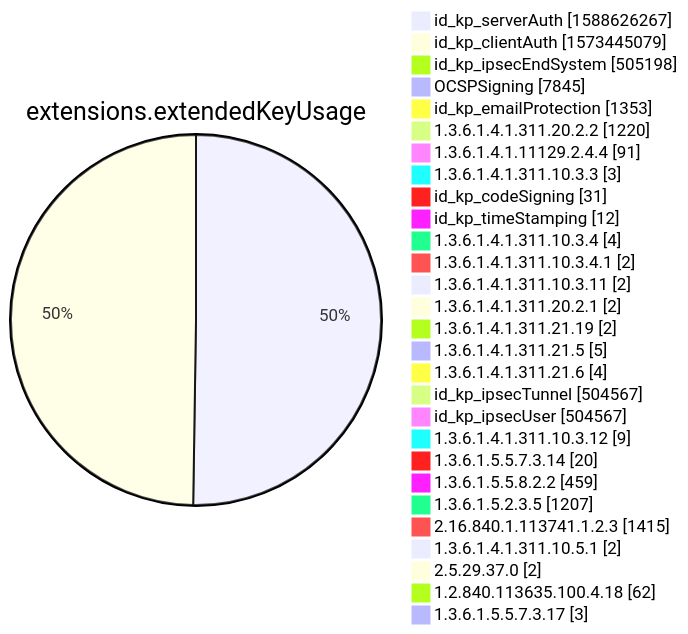
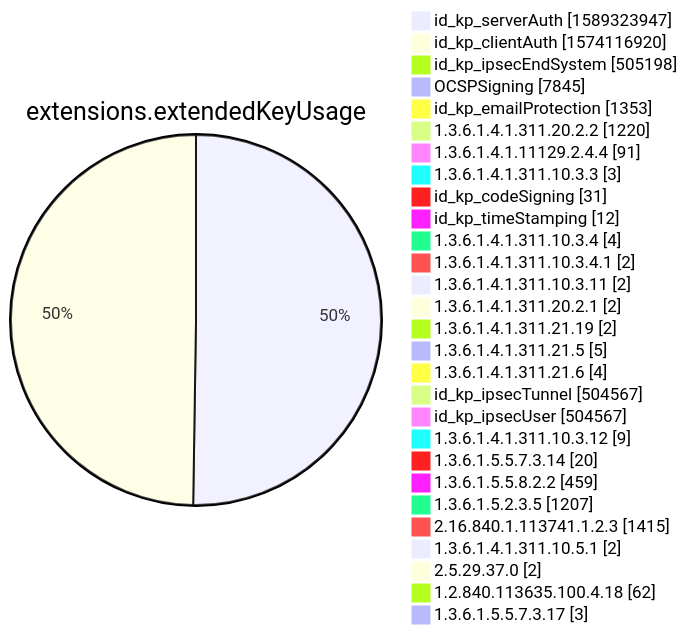
Diagram 12 of 15 in xenon2022/README.md (christiankrug/ctmonitor_visualization), drawn with Mermaid before and after one commit. The commit also changed other lines of this file, not shown here.

````diff
--- a/xenon2022/README.md
+++ b/xenon2022/README.md
@@ -3884,32 +3884,32 @@
 ```mermaid
 pie showData
 title extensions.extendedKeyUsage
-"id_kp_serverAuth" :1588626267
-"id_kp_clientAuth" :1573445079
+"id_kp_serverAuth" :1589323947
+"id_kp_clientAuth" :1574116920
 "id_kp_ipsecEndSystem" :505198
 "OCSPSigning" :7845
 "id_kp_emailProtection" :1353
 "1.3.6.1.4.1.311.20.2.2" :1220
 "1.3.6.1.4.1.11129.2.4.4" :91
 "1.3.6.1.4.1.311.10.3.3" :3
 "id_kp_codeSigning" :31
 "id_kp_timeStamping" :12
 "1.3.6.1.4.1.311.10.3.4" :4
 "1.3.6.1.4.1.311.10.3.4.1" :2
 "1.3.6.1.4.1.311.10.3.11" :2
 "1.3.6.1.4.1.311.20.2.1" :2
 "1.3.6.1.4.1.311.21.19" :2
 "1.3.6.1.4.1.311.21.5" :5
 "1.3.6.1.4.1.311.21.6" :4
 "id_kp_ipsecTunnel" :504567
 "id_kp_ipsecUser" :504567
 "1.3.6.1.4.1.311.10.3.12" :9
 "1.3.6.1.5.5.7.3.14" :20
 "1.3.6.1.5.5.8.2.2" :459
 "1.3.6.1.5.2.3.5" :1207
 "2.16.840.1.113741.1.2.3" :1415
 "1.3.6.1.4.1.311.10.5.1" :2
 "2.5.29.37.0" :2
 "1.2.840.113635.100.4.18" :62
 "1.3.6.1.5.5.7.3.17" :3
 ```
````
